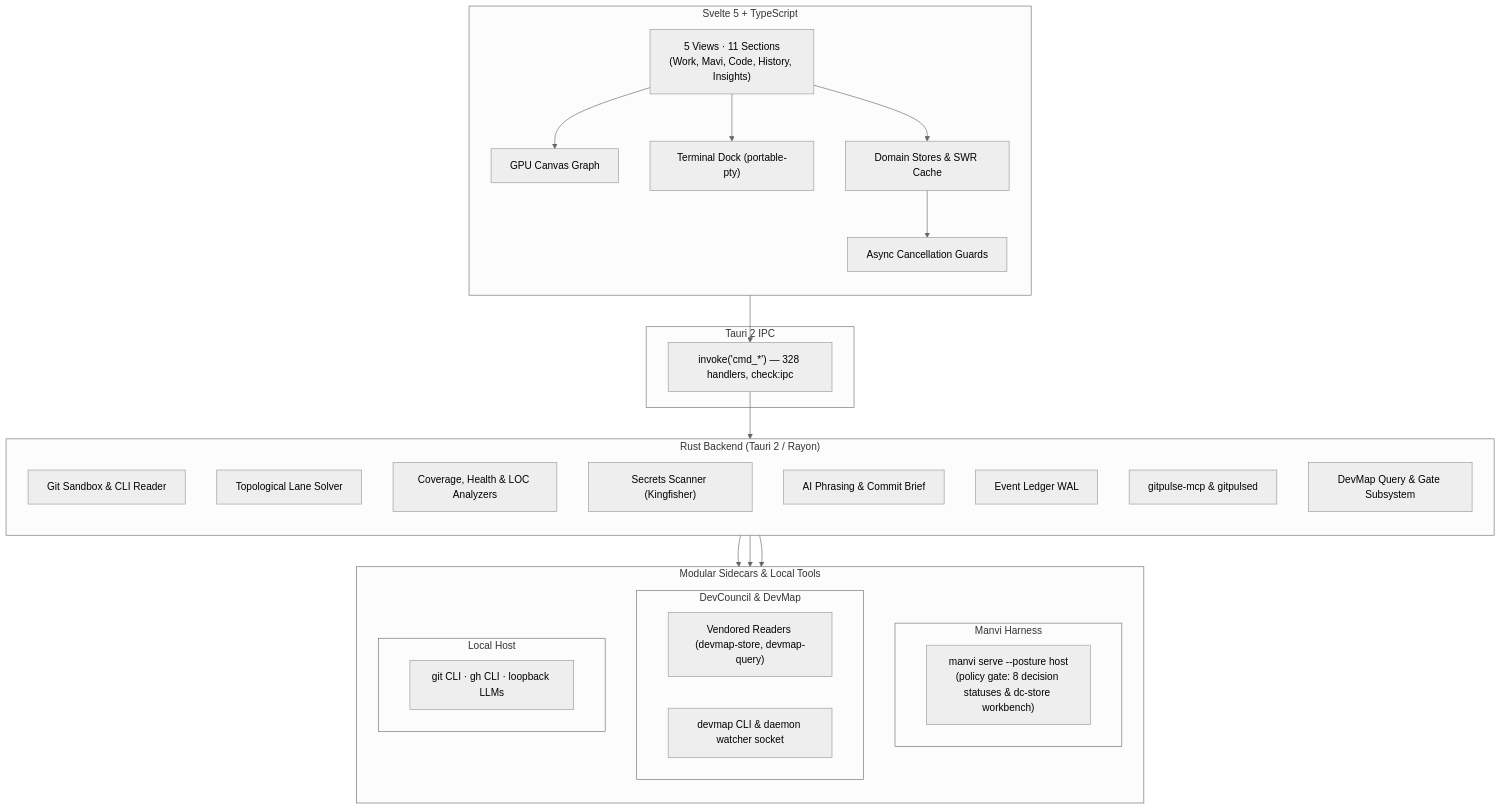
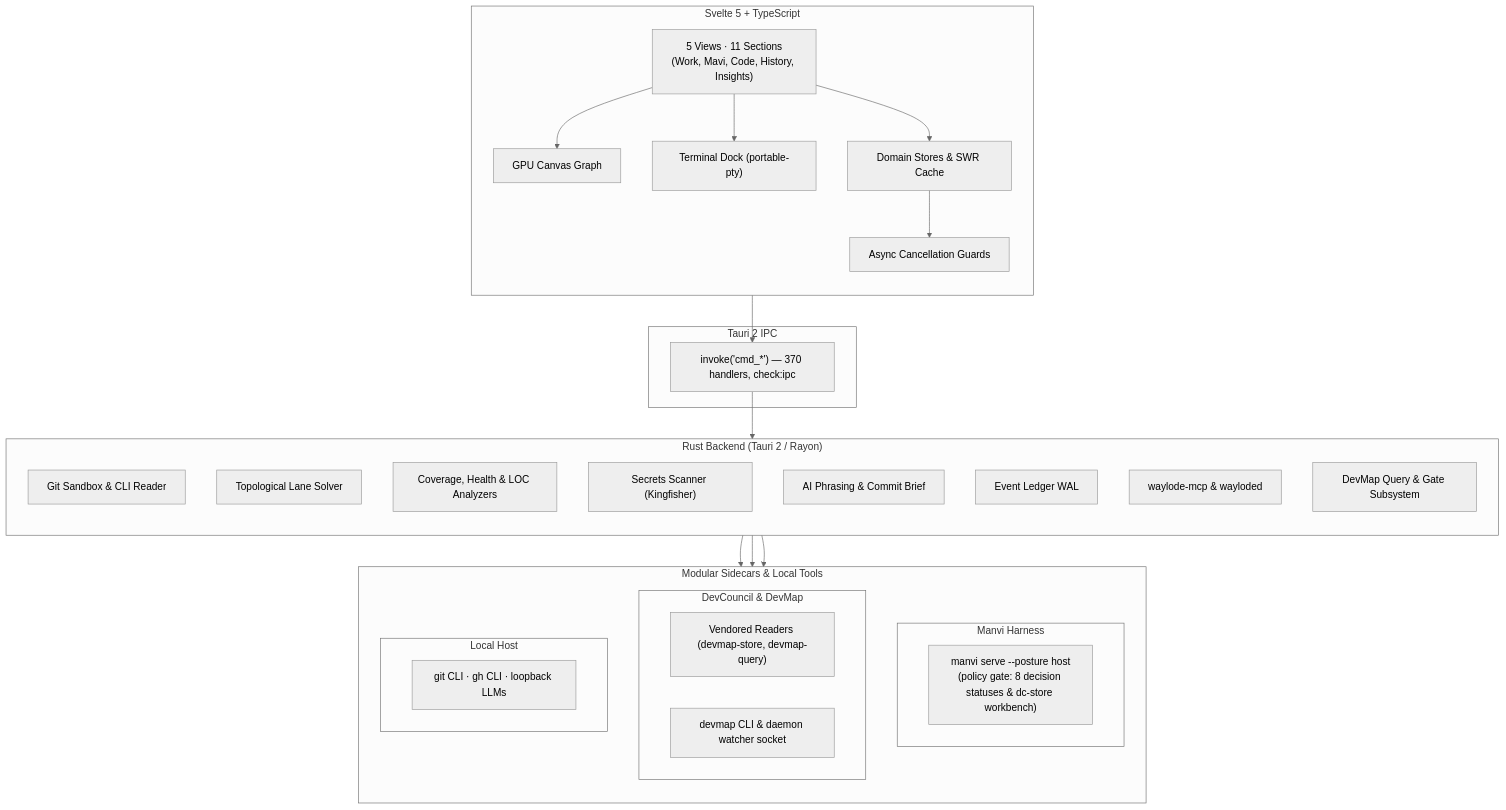
Before and after one commit to bharathvbcr/GitPulse: the first of 2 diagrams in wiki/Architecture.md, drawn with Mermaid (neutral theme). The commit also changed other lines of this file and 57 other files, not shown here.

````diff
--- a/wiki/Architecture.md
+++ b/wiki/Architecture.md
@@ -7,50 +7,50 @@
 ```mermaid
 flowchart TB
     subgraph Frontend["Svelte 5 + TypeScript"]
         direction TB
         Views["5 Views · 11 Sections<br/>(Work, Mavi, Code, History, Insights)"]
         Canvas["GPU Canvas Graph"]
         Dock["Terminal Dock (portable-pty)"]
         Stores["Domain Stores & SWR Cache"]
         Guards["Async Cancellation Guards"]
         Views --> Canvas
         Views --> Dock
         Views --> Stores --> Guards
     end
 
     subgraph IPC["Tauri 2 IPC"]
-        Bridge["invoke('cmd_*') — 328 handlers, check:ipc"]
+        Bridge["invoke('cmd_*') — 370 handlers, check:ipc"]
     end
 
     subgraph Backend["Rust Backend (Tauri 2 / Rayon)"]
         direction TB
         Git["Git Sandbox & CLI Reader"]
         Graph["Topological Lane Solver"]
         Analyzers["Coverage, Health & LOC Analyzers"]
         Secrets["Secrets Scanner (Kingfisher)"]
         AI["AI Phrasing & Commit Brief"]
         Ledger["Event Ledger WAL"]
-        MCP["gitpulse-mcp & gitpulsed"]
+        MCP["waylode-mcp & wayloded"]
         DevMapSubsys["DevMap Query & Gate Subsystem"]
     end
 
     subgraph Integrations["Modular Sidecars & Local Tools"]
         direction TB
         subgraph ManviBox["Manvi Harness"]
             Manvi["manvi serve --posture host<br/>(policy gate: 8 decision statuses & dc-store workbench)"]
         end
         subgraph DevCouncilBox["DevCouncil & DevMap"]
             Vendored["Vendored Readers (devmap-store, devmap-query)"]
             DevMapCLI["devmap CLI & daemon watcher socket"]
         end
         subgraph LocalBox["Local Host"]
             LocalTools["git CLI · gh CLI · loopback LLMs"]
         end
     end
 
     Guards --> Bridge
     Bridge --> Backend
     Backend --> ManviBox
     Backend --> DevCouncilBox
     Backend --> LocalBox
 ```
````
